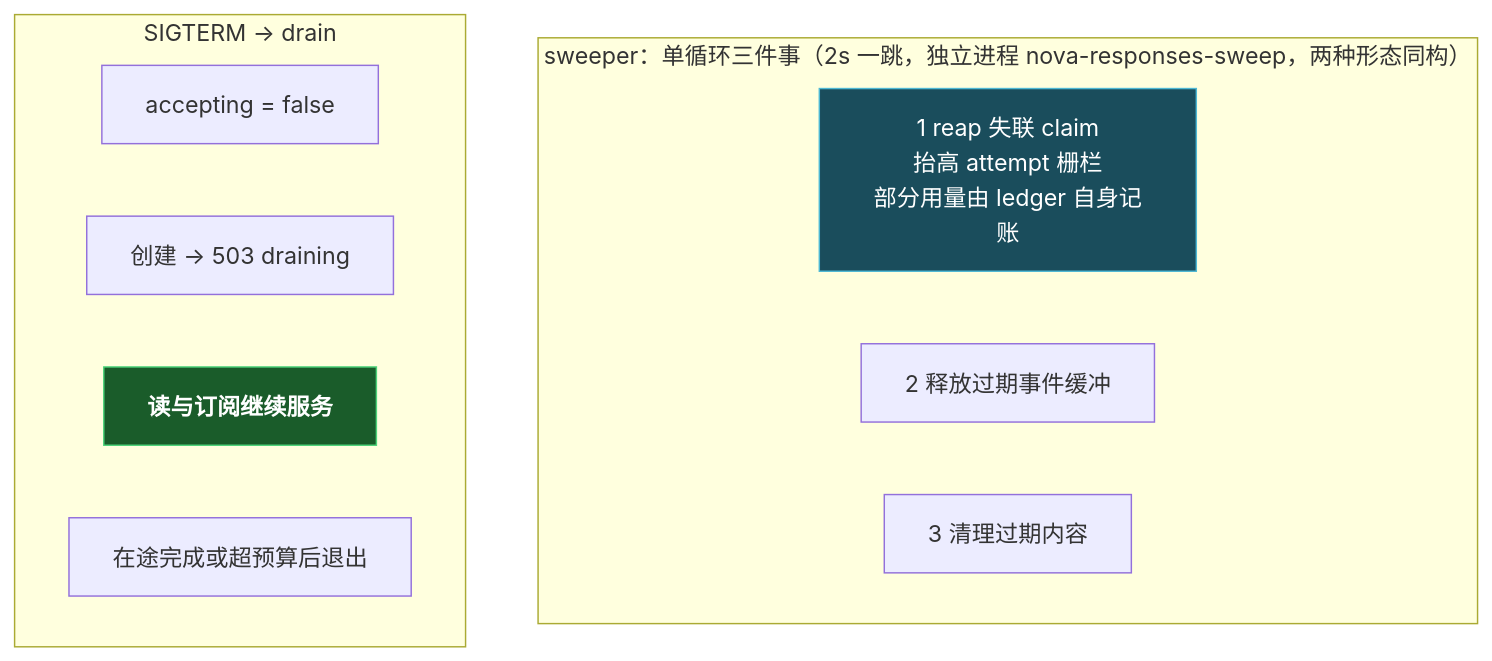
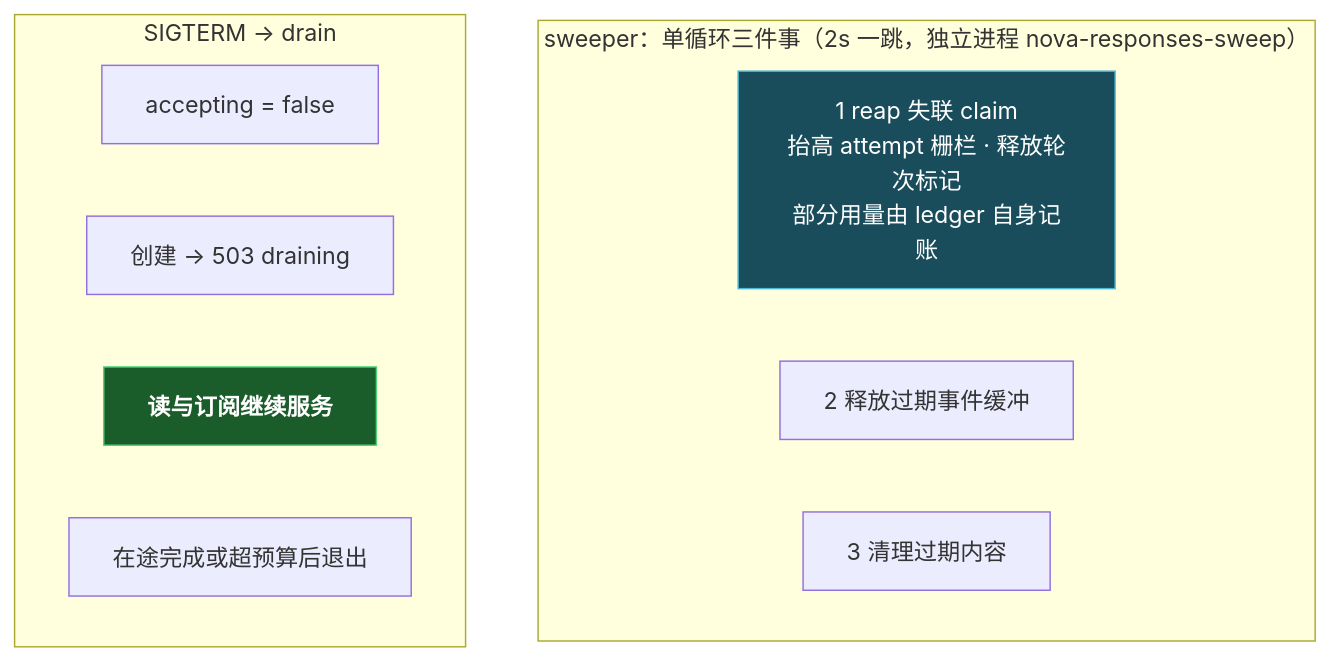
One commit to charleslyh/nova-chat changed the eighth of 8 diagrams in docs/design/00-architecture-review.md. Above: the diagram before and after it, drawn with Mermaid. The commit also changed other lines of this file and 48 other files, not shown here.

````diff
--- a/docs/design/00-architecture-review.md
+++ b/docs/design/00-architecture-review.md
@@ -629,18 +593,18 @@
 ```mermaid
 graph TB
-    subgraph SW["sweeper：单循环三件事（2s 一跳，独立进程 nova-responses-sweep，两种形态同构）"]
-        T1["1 reap 失联 claim<br/>抬高 attempt 栅栏<br/>部分用量由 ledger 自身记账"]
+    subgraph SW["sweeper：单循环三件事（2s 一跳，独立进程 nova-responses-sweep）"]
+        T1["1 reap 失联 claim<br/>抬高 attempt 栅栏 · 释放轮次标记<br/>部分用量由 ledger 自身记账"]
         T2["2 释放过期事件缓冲"]
         T3["3 清理过期内容"]
     end
 
     subgraph DR["SIGTERM → drain"]
         D1["accepting = false"]
         D2["创建 → 503 draining"]
         D3["<b>读与订阅继续服务</b>"]
         D4["在途完成或超预算后退出"]
     end
 
     style T1 fill:#1a4d5c,stroke:#4db8d4,color:#fff
     style D3 fill:#1a5c2a,stroke:#4dd47a,color:#fff
 ```
````
